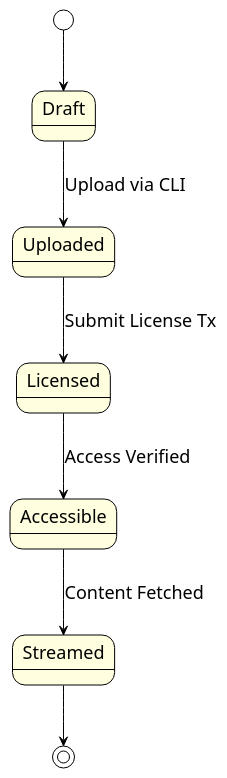
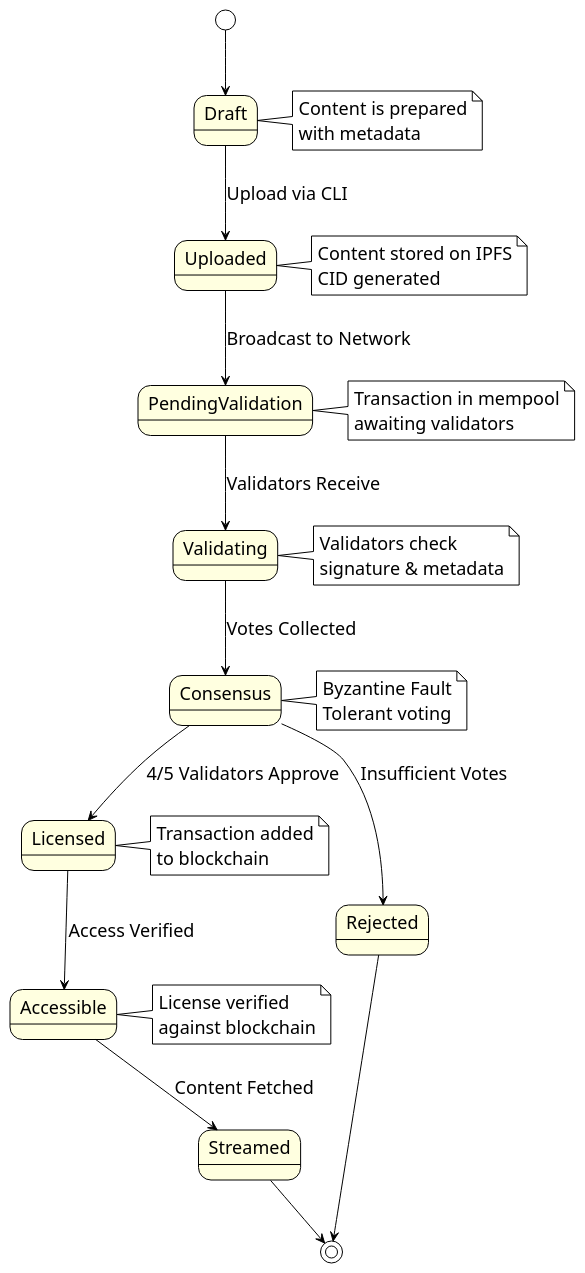
One commit to Saumya40-codes/DeSecure changed the diagram in State_Diagram.puml. Above: the diagram before and after it, drawn with PlantUML. The commit also changed 1 other file, not shown here.

```diff
--- a/State_Diagram.puml
+++ b/State_Diagram.puml
@@ -1,17 +1,56 @@
 @startuml
 !theme plain
 skinparam defaultFontSize 18
 skinparam state {
   BackgroundColor LightYellow
   BorderColor Black
 }
 
 [*] --> Draft
 Draft --> Uploaded : Upload via CLI
-Uploaded --> Licensed : Submit License Tx
+Uploaded --> PendingValidation : Broadcast to Network
+PendingValidation --> Validating : Validators Receive
+Validating --> Consensus : Votes Collected
+Consensus --> Licensed : 4/5 Validators Approve
+Consensus --> Rejected : Insufficient Votes
+Rejected --> [*]
 Licensed --> Accessible : Access Verified
 Accessible --> Streamed : Content Fetched
-
 Streamed --> [*]
 
+note right of Draft
+  Content is prepared
+  with metadata
+end note
+
+note right of Uploaded
+  Content stored on IPFS
+  CID generated
+end note
+
+note right of PendingValidation
+  Transaction in mempool
+  awaiting validators
+end note
+
+note right of Validating
+  Validators check
+  signature & metadata
+end note
+
+note right of Consensus
+  Byzantine Fault
+  Tolerant voting
+end note
+
+note right of Licensed
+  Transaction added
+  to blockchain
+end note
+
+note right of Accessible
+  License verified
+  against blockchain
+end note
+
 @enduml
```
